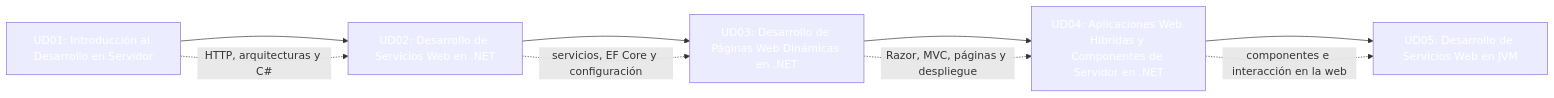
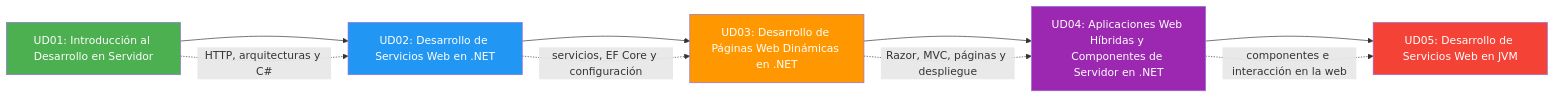
The second of 2 diagrams in 26-resumen.md (joseluisgs/DesarrolloWebEntornosServidor-03-2026-2027), drawn with Mermaid before and after one commit. The commit also changed other lines of this file and 25 other files, not shown here.

Commit message:
docs: corregir los estilos Mermaid de los temas y alinear el dominio del tema 25 con ProductosApp

````diff
--- a/26-resumen.md
+++ b/26-resumen.md
@@ -462,18 +462,18 @@
 ```mermaid
 graph LR
     UD01[UD01: Introducción al Desarrollo en Servidor] --> UD02[UD02: Desarrollo de Servicios Web en .NET]
     UD02 --> UD03[UD03: Desarrollo de Páginas Web Dinámicas en .NET]
     UD03 --> UD04[UD04: Aplicaciones Web Híbridas y Componentes de Servidor en .NET]
     UD04 --> UD05[UD05: Desarrollo de Servicios Web en JVM]
 
     UD01 -.->|HTTP, arquitecturas y C#| UD02
     UD02 -.->|servicios, EF Core y configuración| UD03
     UD03 -.->|Razor, MVC, páginas y despliegue| UD04
     UD04 -.->|componentes e interacción en la web| UD05
 
-    style UD01 fill:#4CAF5,color:#fff0,color:#fff
-    style UD02 fill:#2196F,color:#fff3,color:#fff
-    style UD03 fill:#FF980,color:#fff0,color:#fff
-    style UD04 fill:#9C27B,color:#fff0,color:#fff
-    style UD05 fill:#f4433,color:#fff6,color:#fff
+    style UD01 fill:#4CAF50,color:#fff
+    style UD02 fill:#2196F3,color:#fff
+    style UD03 fill:#FF9800,color:#fff
+    style UD04 fill:#9C27B0,color:#fff
+    style UD05 fill:#f44336,color:#fff
 ```
````
